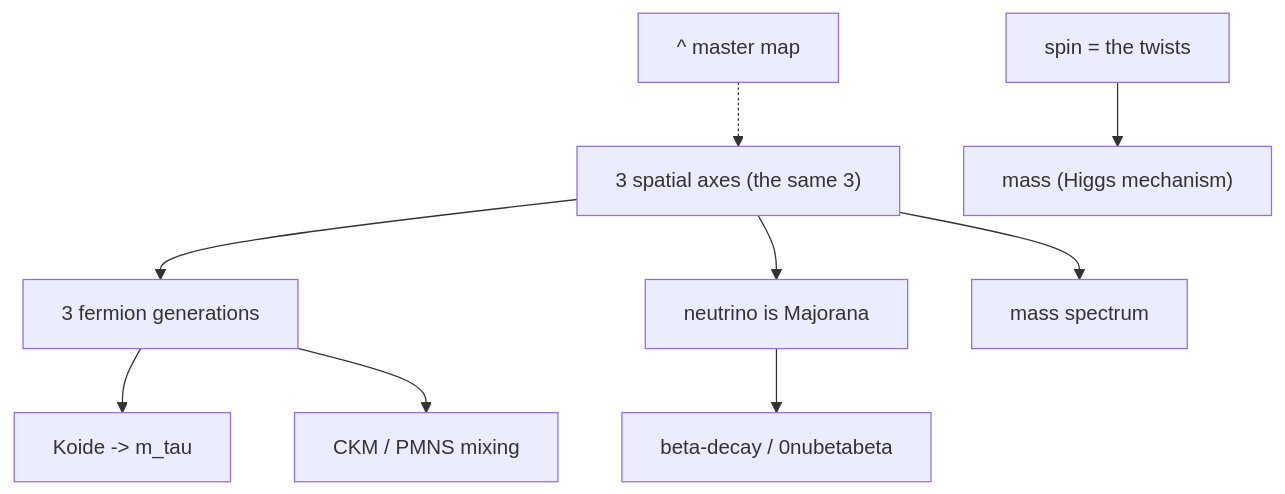
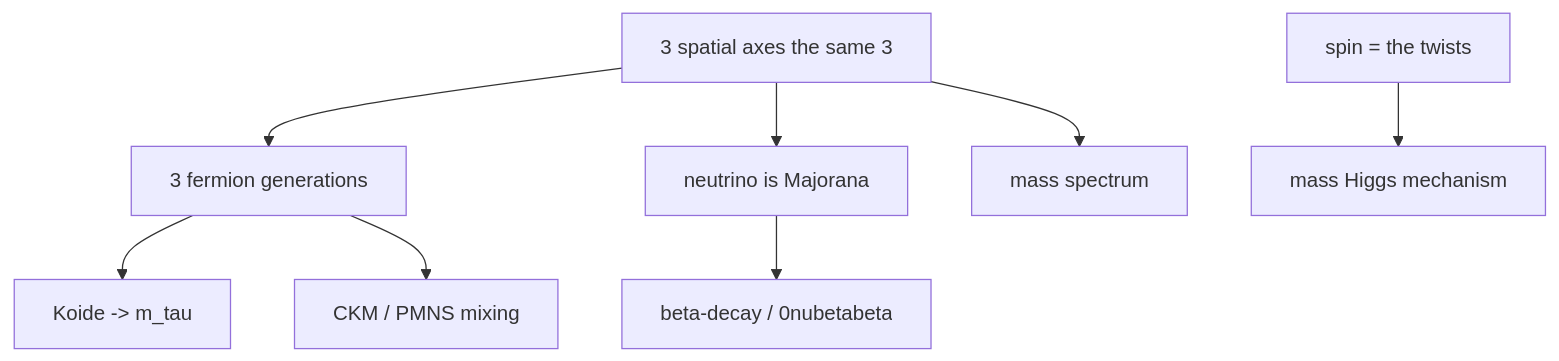
The eighth of 11 diagrams in FlowChart.md (jimscarver/quantum-logical-framework), drawn with Mermaid before and after one commit. The commit also changed other lines of this file, not shown here.

First line of the commit message:
FlowChart.md: drop sub-chart hub nodes + parentheses (GitHub render fixes)

````diff
--- a/FlowChart.md
+++ b/FlowChart.md
@@ -174,11 +174,11 @@
 ```mermaid
 flowchart TD
-  H7["^ master map"] -.-> TH["3 spatial axes (the same 3)"]
+  TH["3 spatial axes the same 3"]
   TH --> GEN["3 fermion generations"]
   GEN --> KO["Koide -> m_tau"]
   GEN --> MX["CKM / PMNS mixing"]
   TH --> NU["neutrino is Majorana"]
   NU --> BD["beta-decay / 0nubetabeta"]
   TH --> MS["mass spectrum"]
-  SP["spin = the twists"] --> HG["mass (Higgs mechanism)"]
+  SP["spin = the twists"] --> HG["mass Higgs mechanism"]
 ```
````
